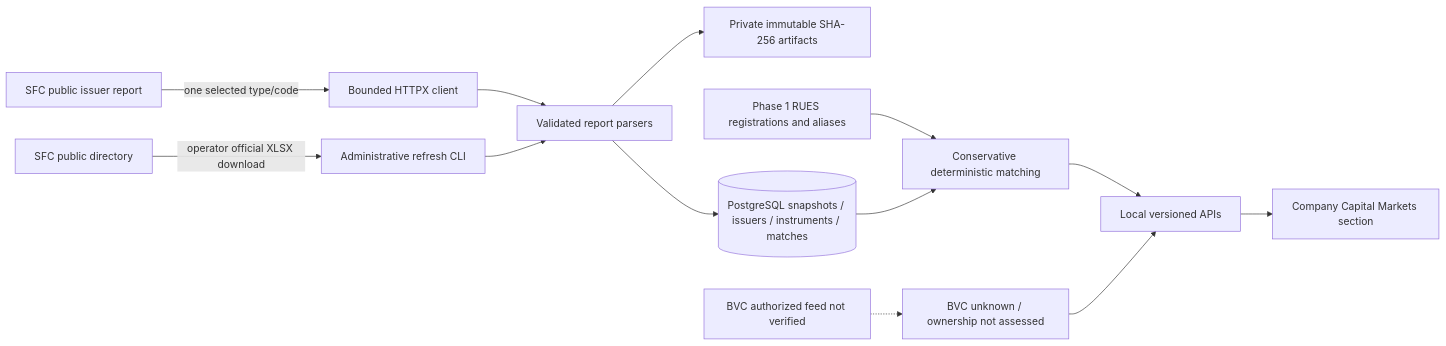
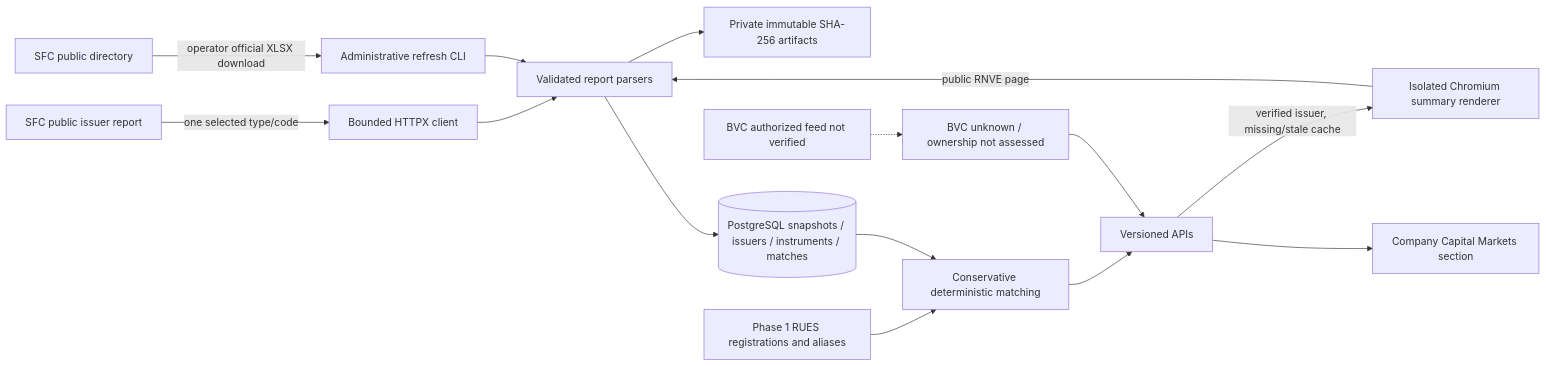
One commit to molartep/colombia-company-intelligence changed the diagram in docs/capital-markets.md. Above: the diagram before and after it, drawn with Mermaid. The commit also changed other lines of this file and 27 other files, not shown here.

Commit message:
Retrieve RNVE issuer profiles automatically on Capital Markets access

````diff
--- a/docs/capital-markets.md
+++ b/docs/capital-markets.md
@@ -141,15 +142,17 @@
 ```mermaid
 flowchart LR
     Portal[SFC public directory] -->|operator official XLSX download| CLI[Administrative refresh CLI]
     Report[SFC public issuer report] -->|one selected type/code| HTTP[Bounded HTTPX client]
     HTTP --> Parser[Validated report parsers]
     CLI --> Parser
     Parser --> Files[Private immutable SHA-256 artifacts]
     Parser --> DB[(PostgreSQL snapshots / issuers / instruments / matches)]
     RUES[Phase 1 RUES registrations and aliases] --> Match[Conservative deterministic matching]
     DB --> Match
-    Match --> API[Local versioned APIs]
+    Match --> API[Versioned APIs]
+    API -->|verified issuer, missing/stale cache| Render[Isolated Chromium summary renderer]
+    Render -->|public RNVE page| Parser
     API --> UI[Company Capital Markets section]
     BVC[BVC authorized feed not verified] -.-> Unknown[BVC unknown / ownership not assessed]
     Unknown --> API
 ```
````
